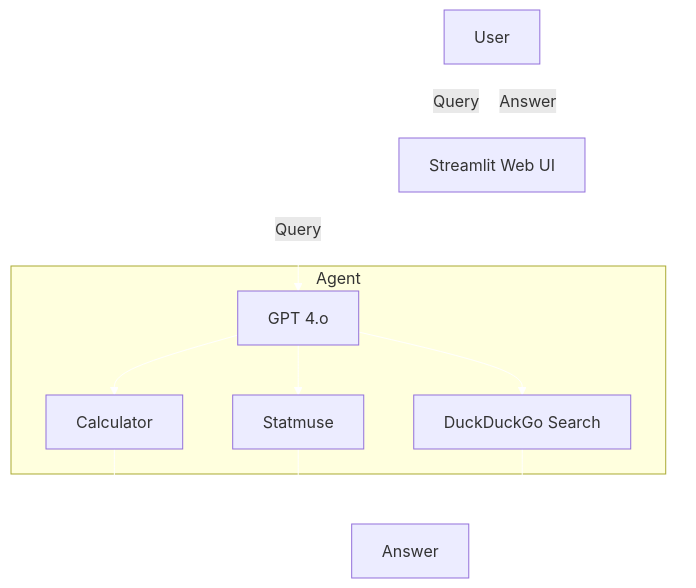
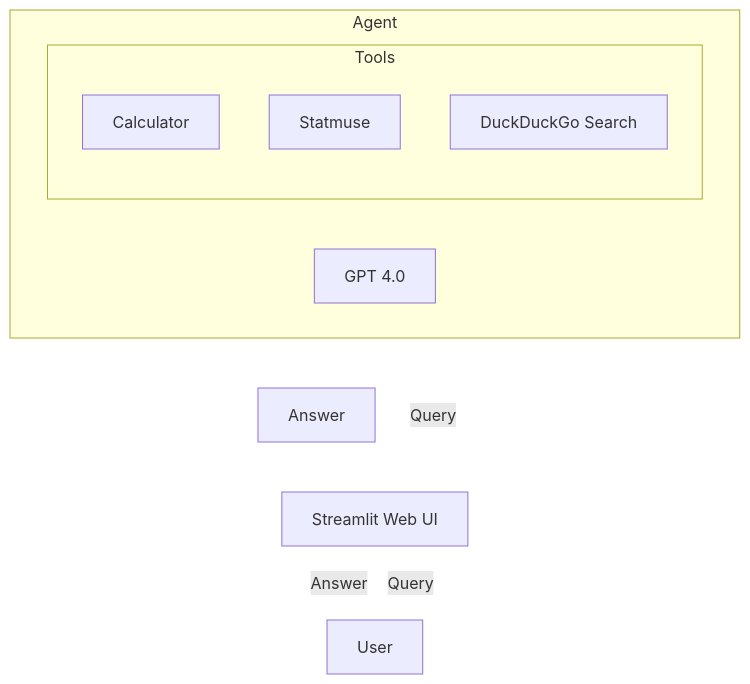
One commit to JinalShah2002/courtside-analytics changed the diagram in README.md. Above: the diagram before and after it, drawn with Mermaid. The commit also changed other lines of this file, not shown here.

Commit message:
Fixing System Design

```````diff
--- a/README.md
+++ b/README.md
@@ -28,30 +27,25 @@
 ``````mermaid
 graph TD
     A[User]
     B[Streamlit Web UI]
-    C[GPT 4.o]
-    D[Calculator]
-    E[Statmuse]
+    C[GPT 4.0]
     F[Answer]
-    G[DuckDuckGo Search]
     
     A -->|Query| B
-    B -->|Query| C
-    C --> D
-    C --> E
-    D --> F
-    E --> F
-    F --> B
+    B -->|Query| Agent
     B -->|Answer| A
-    C --> G
-    G --> F
     
     subgraph Agent
         C
-        D
-        E
-        G
+        subgraph Tools
+            D[Calculator]
+            E[Statmuse]
+            G[DuckDuckGo Search]
+        end
     end
-
+    
+    Agent --> F
+    F --> B
+    
     linkStyle default stroke:#FFFFFF
 ``````
```````
